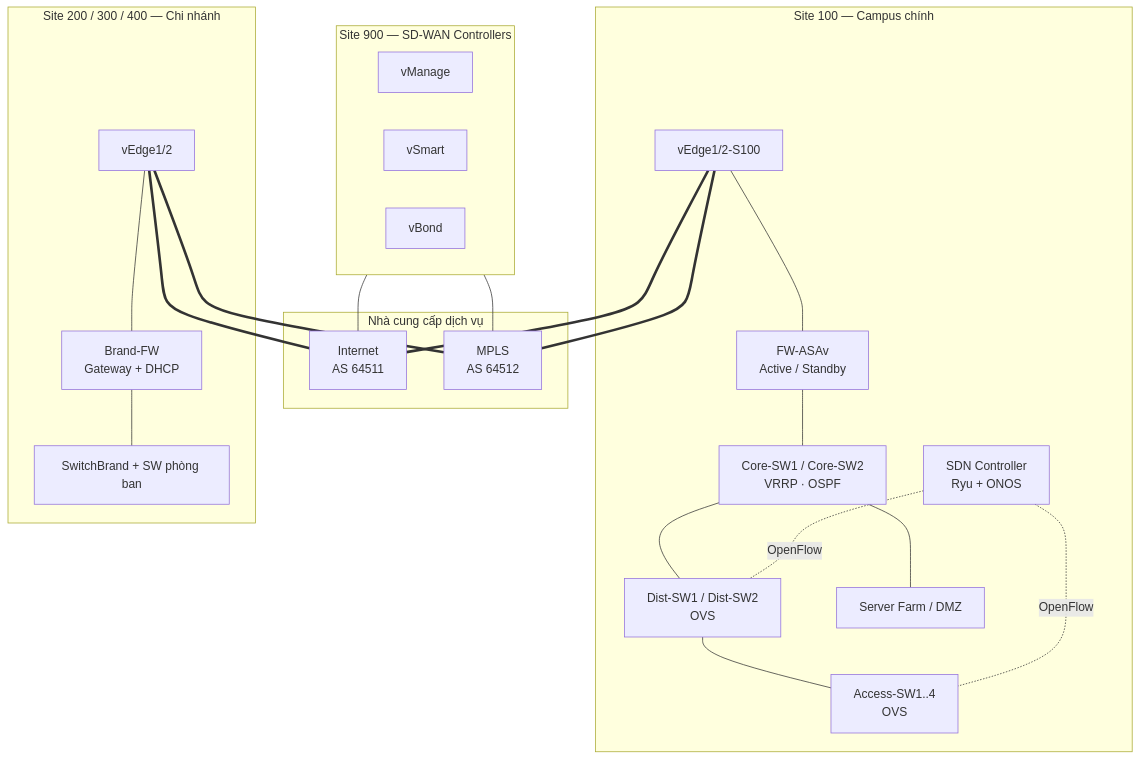
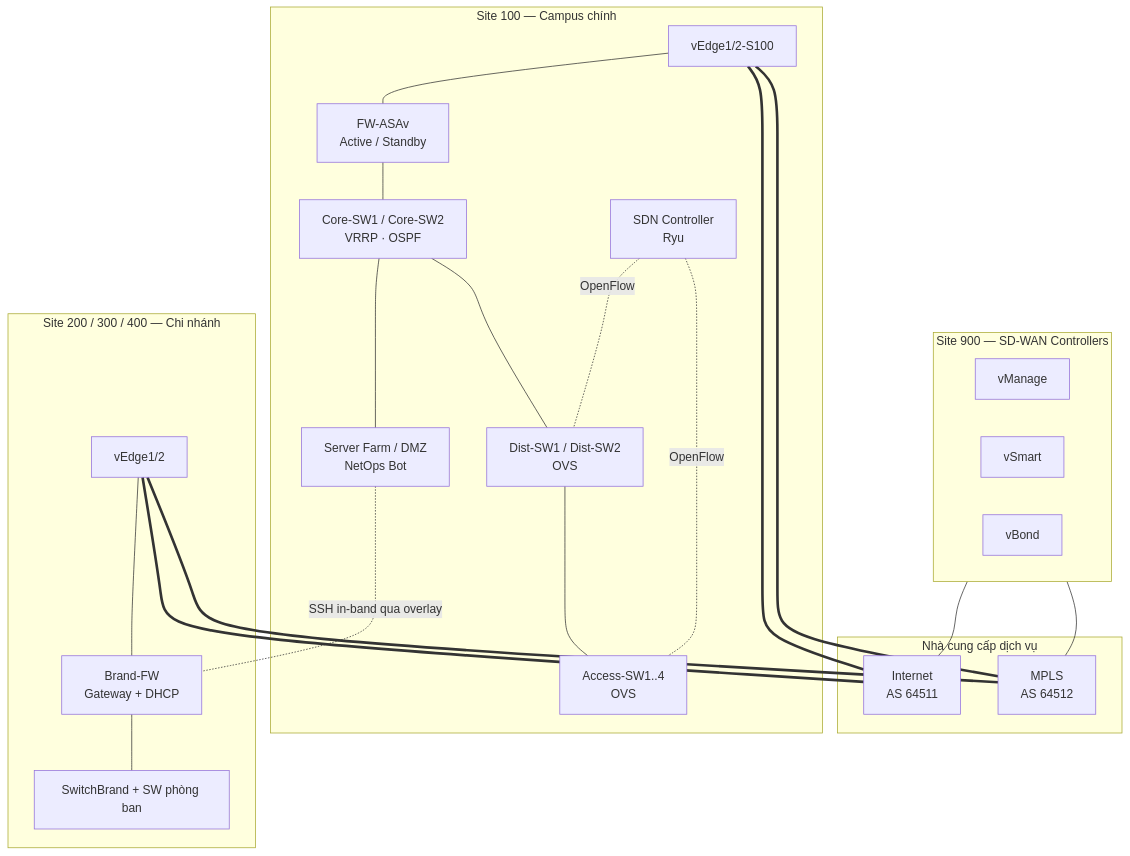
The diagram in README.md (nhanhuutran007/Campus_Network_SDN_SD-WAN), drawn with Mermaid before and after one commit. The commit also changed other lines of this file and 24 other files, not shown here.

First line of the commit message:
NetOps nhóm 2: quản trị chi nhánh qua overlay SD-WAN + cập nhật tiến độ 30/10

````diff
--- a/README.md
+++ b/README.md
@@ -77,38 +81,39 @@
 ```mermaid
 flowchart TB
     subgraph SP["Nhà cung cấp dịch vụ"]
         INET["Internet<br/>AS 64511"]
         MPLS["MPLS<br/>AS 64512"]
     end
 
     subgraph S900["Site 900 — SD-WAN Controllers"]
         VM["vManage"]
         VS["vSmart"]
         VB["vBond"]
     end
 
     subgraph S100["Site 100 — Campus chính"]
         VE100["vEdge1/2-S100"]
         FW["FW-ASAv<br/>Active / Standby"]
         CORE["Core-SW1 / Core-SW2<br/>VRRP · OSPF"]
         DIST["Dist-SW1 / Dist-SW2<br/>OVS"]
         ACC["Access-SW1..4<br/>OVS"]
-        CTRL["SDN Controller<br/>Ryu + ONOS"]
-        SRV["Server Farm / DMZ"]
+        CTRL["SDN Controller<br/>Ryu"]
+        SRV["Server Farm / DMZ<br/>NetOps Bot"]
         VE100 --- FW --- CORE --- DIST --- ACC
         CORE --- SRV
         CTRL -. OpenFlow .- DIST
         CTRL -. OpenFlow .- ACC
     end
 
     subgraph BR["Site 200 / 300 / 400 — Chi nhánh"]
         VEB["vEdge1/2"]
         BFW["Brand-FW<br/>Gateway + DHCP"]
         BSW["SwitchBrand + SW phòng ban"]
         VEB --- BFW --- BSW
     end
 
     VE100 === INET & MPLS
     VEB === INET & MPLS
     S900 --- INET & MPLS
+    SRV -. SSH in-band qua overlay .- BFW
 ```
````
